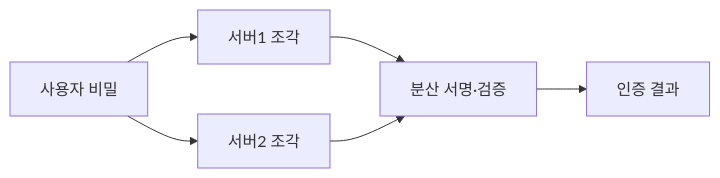
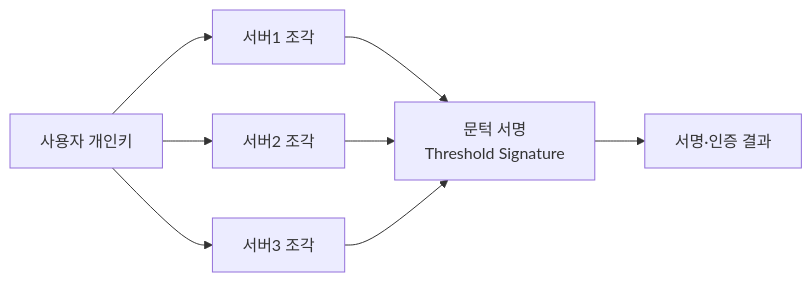
The second of 2 diagrams in content/multi-party-computation.md (coninggu/wjdqhrhksflrltnftk), drawn with Mermaid before and after one commit. The commit also changed other lines of this file and 11 other files, not shown here.

````diff
--- a/content/multi-party-computation.md
+++ b/content/multi-party-computation.md
@@ -25,8 +41,8 @@
 ```mermaid
 flowchart LR
-  U[사용자 비밀] --> S1[서버1 조각]
+  U[사용자 개인키] --> S1[서버1 조각]
   U --> S2[서버2 조각]
-  S1 --> C[분산 서명·검증]
-  S2 --> C
-  C --> R[인증 결과]
+  U --> S3[서버3 조각]
+  S1 & S2 & S3 --> T[문턱 서명<br/>Threshold Signature]
+  T --> R[서명·인증 결과]
 ```
````
